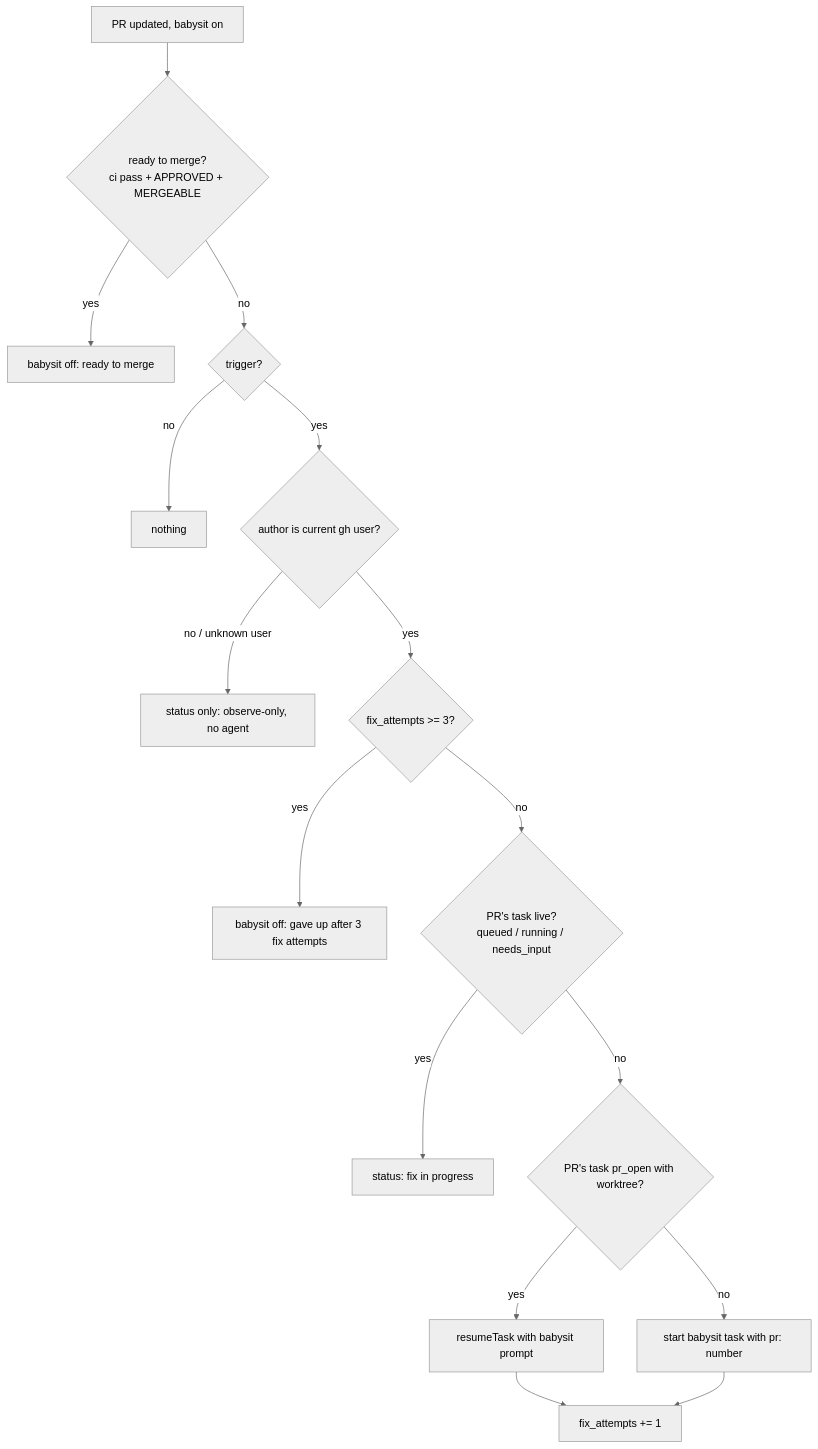
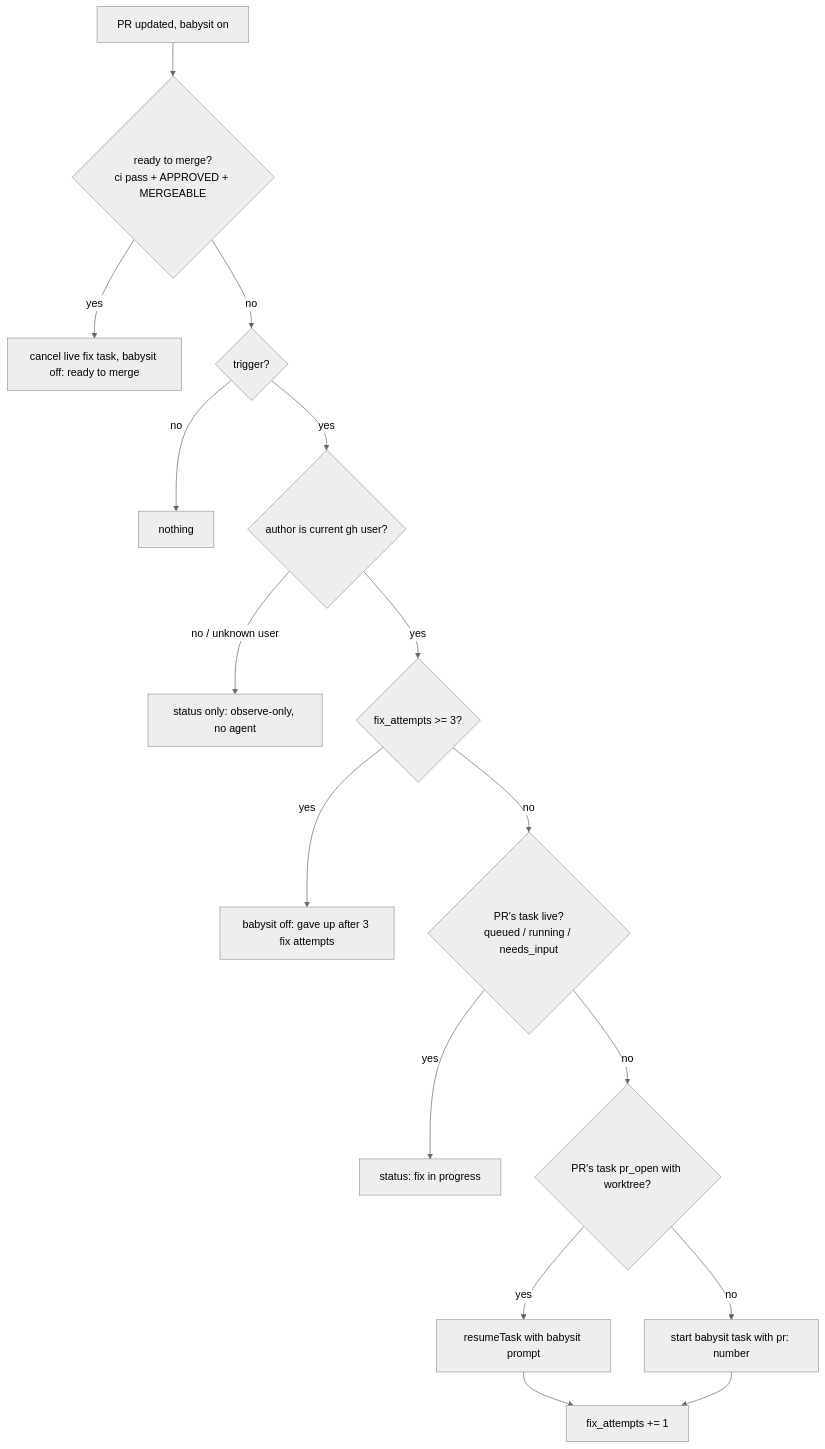
The diagram in docs/DESIGN.md (BrianBland/techtree), drawn with Mermaid (neutral theme) before and after one commit. The commit also changed other lines of this file and 7 other files, not shown here.

Commit message:
prs: address review (async PR checkout, identity re-check, stop fixes on close/ready, attempt budget, pr_removed, retired task PRs, poll error boundary)

````diff
--- a/docs/DESIGN.md
+++ b/docs/DESIGN.md
@@ -258,18 +260,18 @@
 ```mermaid
 flowchart TD
   U[PR updated, babysit on] --> R{ready to merge?<br/>ci pass + APPROVED + MERGEABLE}
-  R -- yes --> OFF1[babysit off: ready to merge]
+  R -- yes --> OFF1[cancel live fix task, babysit off: ready to merge]
   R -- no --> T{trigger?}
   T -- no --> X[nothing]
   T -- yes --> O{author is current gh user?}
   O -- no / unknown user --> OBS[status only: observe-only, no agent]
   O -- yes --> A{fix_attempts >= 3?}
   A -- yes --> OFF2[babysit off: gave up after 3 fix attempts]
   A -- no --> L{PR's task live?<br/>queued / running / needs_input}
   L -- yes --> WAIT[status: fix in progress]
   L -- no --> P{PR's task pr_open with worktree?}
   P -- yes --> RES[resumeTask with babysit prompt]
   P -- no --> NEW[start babysit task with pr: number]
   RES --> INC[fix_attempts += 1]
   NEW --> INC
 ```
````
